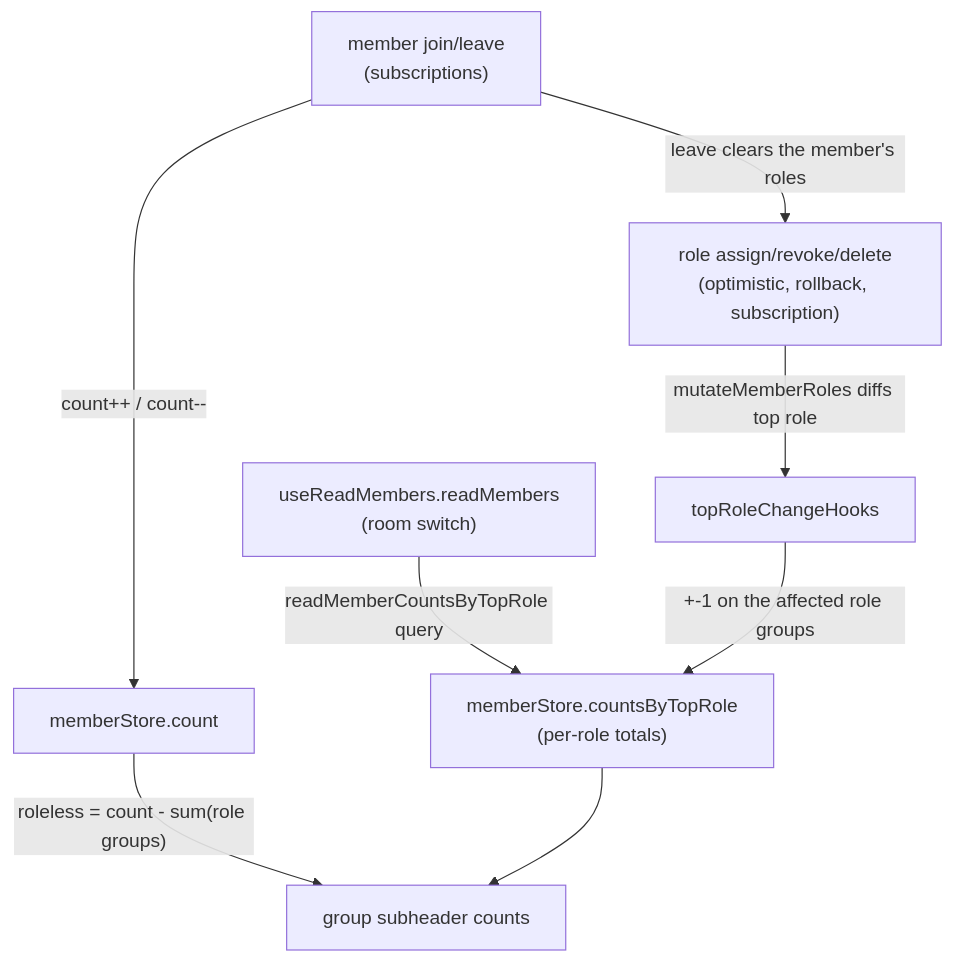
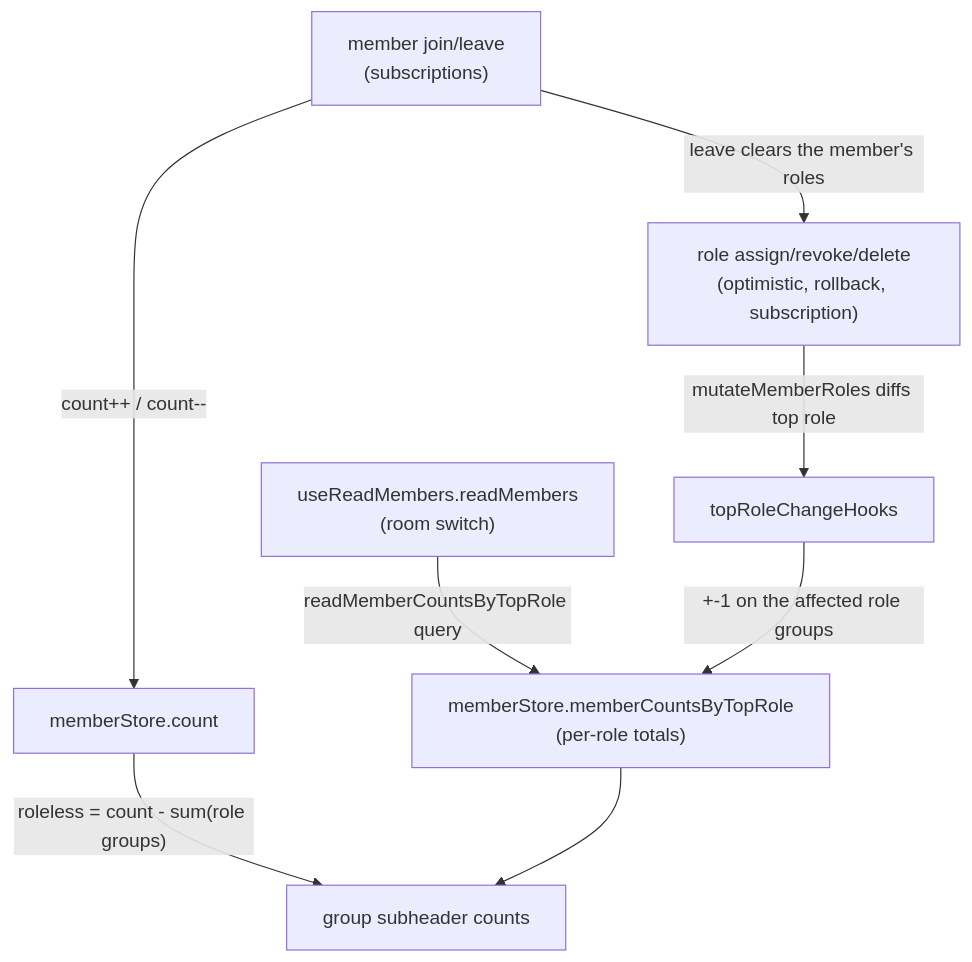
Before and after one commit to Esposter/Esposter: the diagram in packages/app/content/docs/esbabbler/room-ui.md, drawn with Mermaid. The commit also changed 36 other files, not shown here.

````diff
--- a/packages/app/content/docs/esbabbler/room-ui.md
+++ b/packages/app/content/docs/esbabbler/room-ui.md
@@ -18,10 +18,10 @@
 ```mermaid
 flowchart TD
-  readMembers["useReadMembers.readMembers<br/>(room switch)"] -- "readMemberCountsByTopRole query" --> counts["memberStore.countsByTopRole<br/>(per-role totals)"]
+  readMembers["useReadMembers.readMembers<br/>(room switch)"] -- "readMemberCountsByTopRole query" --> counts["memberStore.memberCountsByTopRole<br/>(per-role totals)"]
   joinLeave["member join/leave<br/>(subscriptions)"] -- "count++ / count--" --> total["memberStore.count"]
   joinLeave -- "leave clears the member's roles" --> roleMutation
   total -- "roleless = count - sum(role groups)" --> headers["group subheader counts"]
   counts --> headers
   roleMutation["role assign/revoke/delete<br/>(optimistic, rollback, subscription)"] -- "mutateMemberRoles diffs top role" --> hooks["topRoleChangeHooks"]
   hooks -- "+-1 on the affected role groups" --> counts
 ```
````
